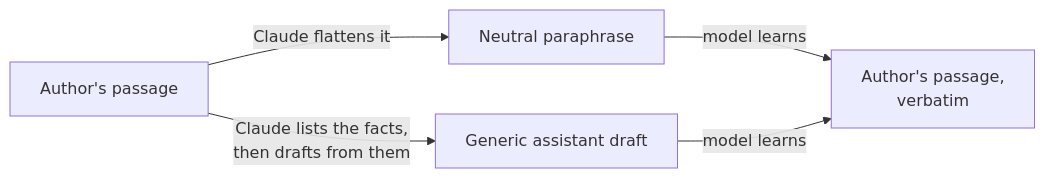
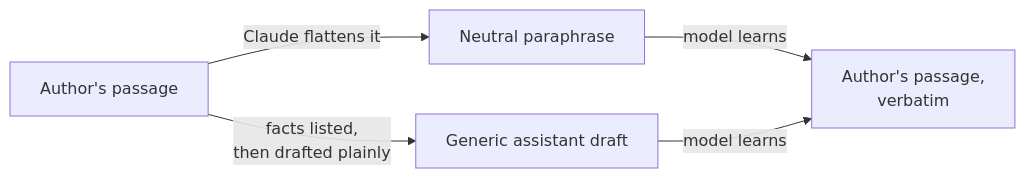
One commit to anatu/quill changed the second of 2 diagrams in README.md. Above: the diagram before and after it, drawn with Mermaid. The commit also changed other lines of this file and 9 other files, not shown here.

First line of the commit message:
README rewrite with a slop-vs-human example and two charts; s2m recall probe

````diff
--- a/README.md
+++ b/README.md
@@ -94,7 +150,7 @@
 ```mermaid
 flowchart LR
     A[Author's passage] -->|Claude flattens it| P[Neutral paraphrase]
-    A -->|Claude lists the facts,<br/>then drafts from them| D[Generic assistant draft]
+    A -->|facts listed,<br/>then drafted plainly| D[Generic assistant draft]
     P -->|model learns| T[Author's passage,<br/>verbatim]
     D -->|model learns| T
 ```
````
